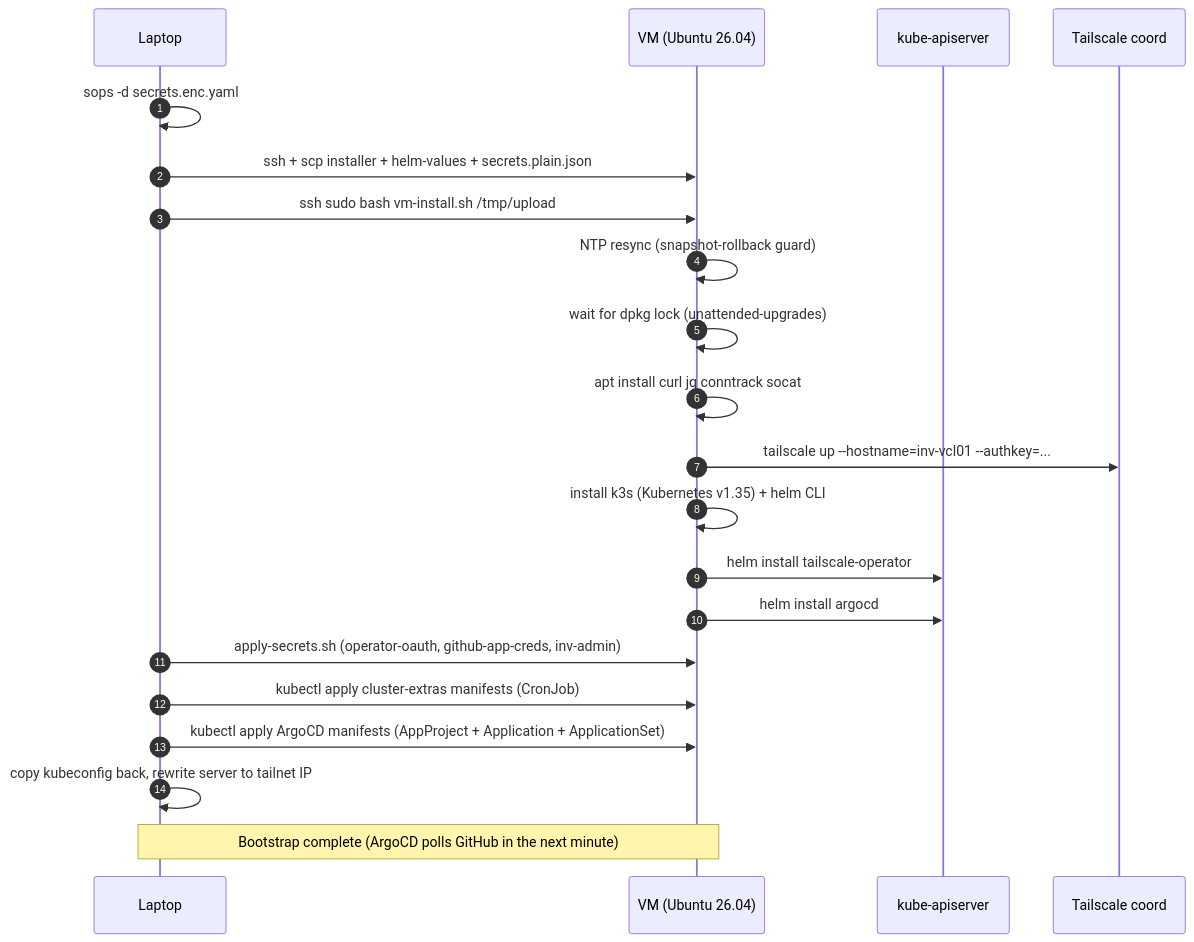
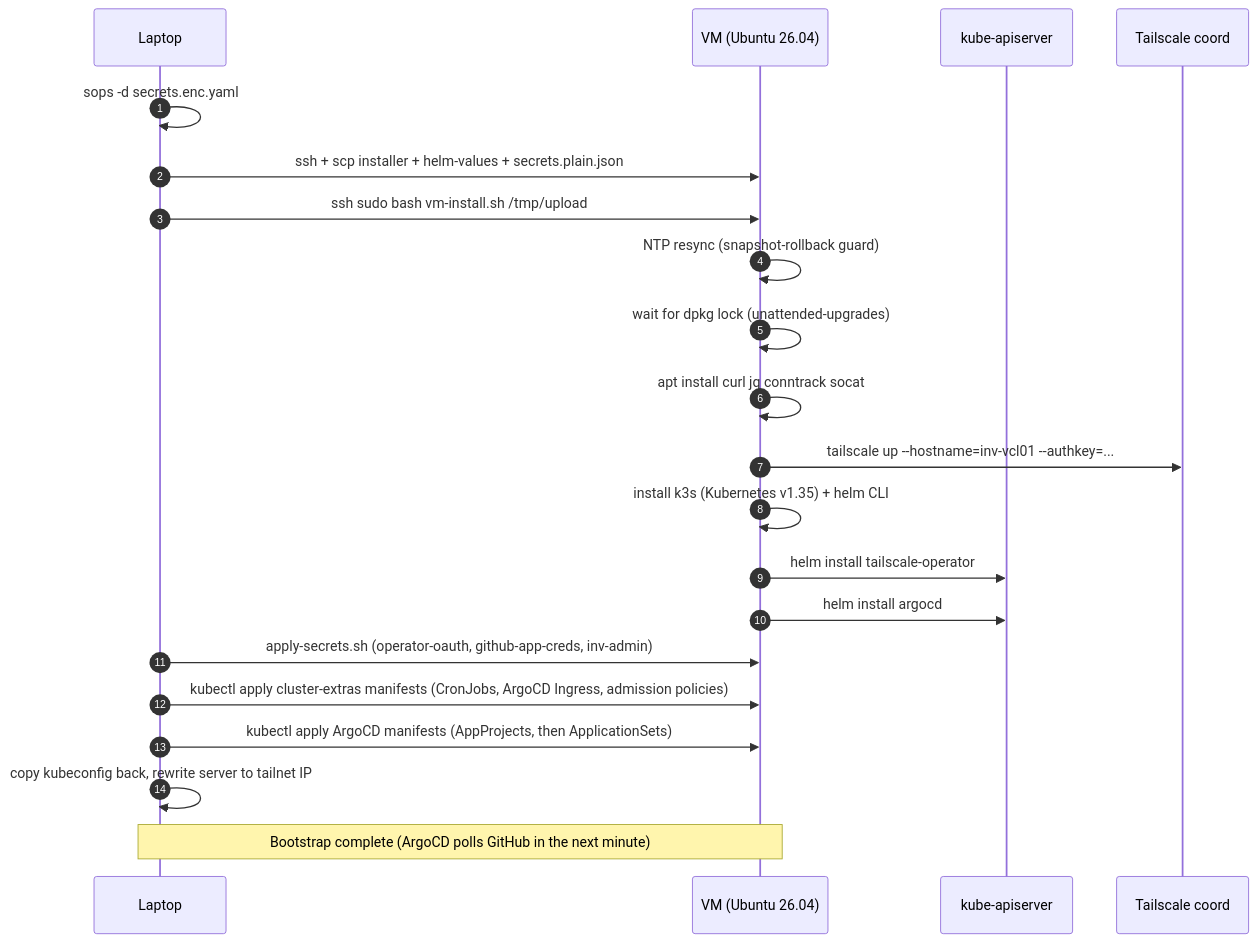
One commit to denisvmedia/inventario changed the third of 6 diagrams in devdocs/infra/dev/README.md. Above: the diagram before and after it, drawn with Mermaid. The commit also changed other lines of this file and 1 other file, not shown here.

First line of the commit message:
docs(infra): describe the preview projects, namespace guard and caps (#3090)

````diff
--- a/devdocs/infra/dev/README.md
+++ b/devdocs/infra/dev/README.md
@@ -170,24 +178,24 @@
 ```mermaid
 sequenceDiagram
     autonumber
     participant L as Laptop
     participant V as VM (Ubuntu 26.04)
     participant K as kube-apiserver
     participant T as Tailscale coord
 
     L->>L: sops -d secrets.enc.yaml
     L->>V: ssh + scp installer + helm-values + secrets.plain.json
     L->>V: ssh sudo bash vm-install.sh /tmp/upload
     V->>V: NTP resync (snapshot-rollback guard)
     V->>V: wait for dpkg lock (unattended-upgrades)
     V->>V: apt install curl jq conntrack socat
     V->>T: tailscale up --hostname=inv-vcl01 --authkey=...
     V->>V: install k3s (Kubernetes v1.35) + helm CLI
     V->>K: helm install tailscale-operator
     V->>K: helm install argocd
     L->>V: apply-secrets.sh (operator-oauth, github-app-creds, inv-admin)
-    L->>V: kubectl apply cluster-extras manifests (CronJob)
-    L->>V: kubectl apply ArgoCD manifests (AppProject + Application + ApplicationSet)
+    L->>V: kubectl apply cluster-extras manifests (CronJobs, ArgoCD Ingress, admission policies)
+    L->>V: kubectl apply ArgoCD manifests (AppProjects, then ApplicationSets)
     L->>L: copy kubeconfig back, rewrite server to tailnet IP
     Note over L,V: Bootstrap complete (ArgoCD polls GitHub in the next minute)
 ```
````
